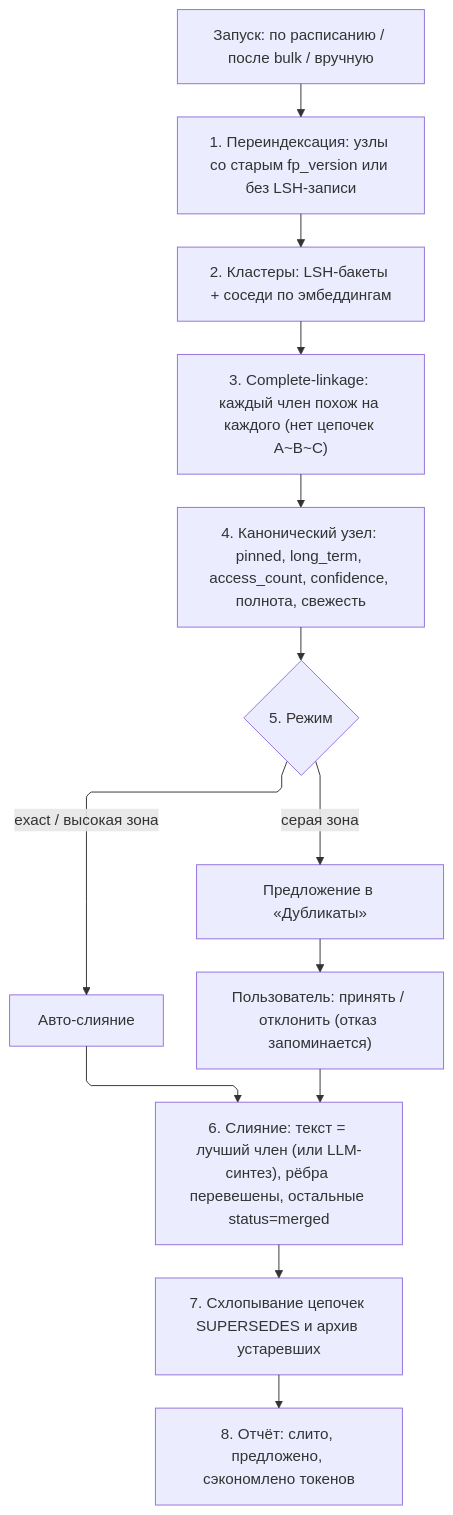
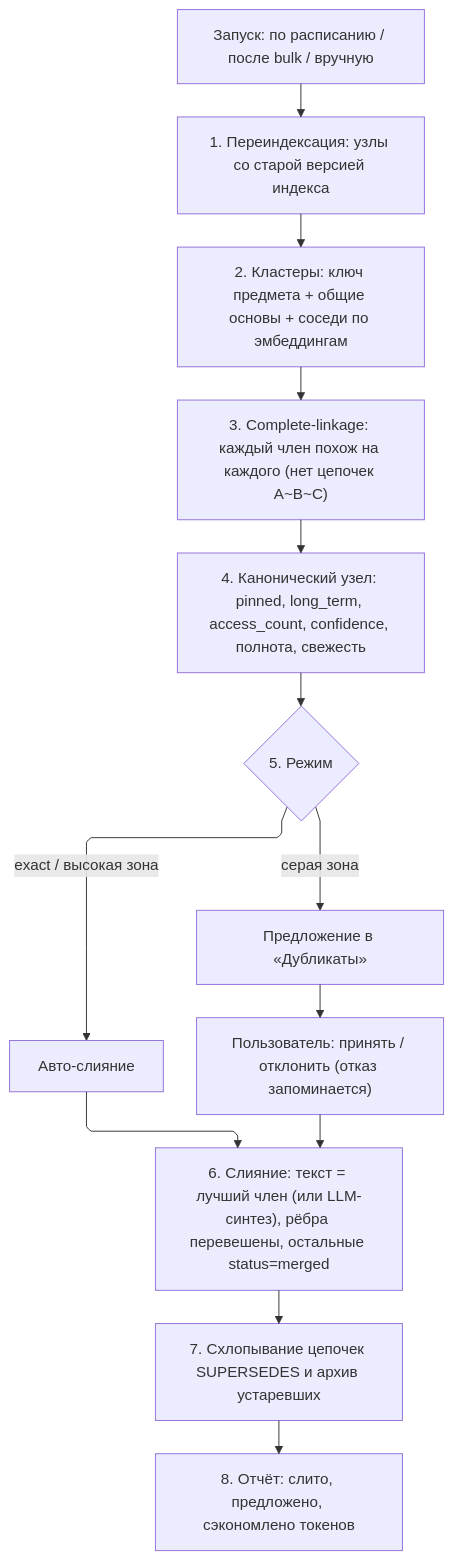
One commit to a-lutsik/ArchitectOS changed the second of 2 diagrams in docs/MEMORY_DEDUP_RU.md. Above: the diagram before and after it, drawn with Mermaid. The commit also changed other lines of this file and 9 other files, not shown here.

````diff
--- a/docs/MEMORY_DEDUP_RU.md
+++ b/docs/MEMORY_DEDUP_RU.md
@@ -272,23 +305,23 @@
 ```mermaid
 ---
 config:
   layout: elk
   flowchart:
     curve: linear
     nodeSpacing: 40
     rankSpacing: 50
 ---
 flowchart TB
-    START["Запуск: по расписанию / после bulk / вручную"] --> REIDX["1. Переиндексация: узлы со старым fp_version или без LSH-записи"]
-    REIDX --> CLUST["2. Кластеры: LSH-бакеты + соседи по эмбеддингам"]
+    START["Запуск: по расписанию / после bulk / вручную"] --> REIDX["1. Переиндексация: узлы со старой версией индекса"]
+    REIDX --> CLUST["2. Кластеры: ключ предмета + общие основы + соседи по эмбеддингам"]
     CLUST --> LINK["3. Complete-linkage: каждый член похож на каждого (нет цепочек A~B~C)"]
     LINK --> PICK["4. Канонический узел: pinned, long_term, access_count, confidence, полнота, свежесть"]
     PICK --> MODE{"5. Режим"}
     MODE -->|"exact / высокая зона"| AUTO["Авто-слияние"]
     MODE -->|"серая зона"| SUGG["Предложение в «Дубликаты»"]
     AUTO --> MERGE["6. Слияние: текст = лучший член (или LLM-синтез), рёбра перевешены, остальные status=merged"]
     SUGG --> REVIEW["Пользователь: принять / отклонить (отказ запоминается)"]
     REVIEW --> MERGE
     MERGE --> CHAIN["7. Схлопывание цепочек SUPERSEDES и архив устаревших"]
     CHAIN --> REPORT["8. Отчёт: слито, предложено, сэкономлено токенов"]
 ```
````
